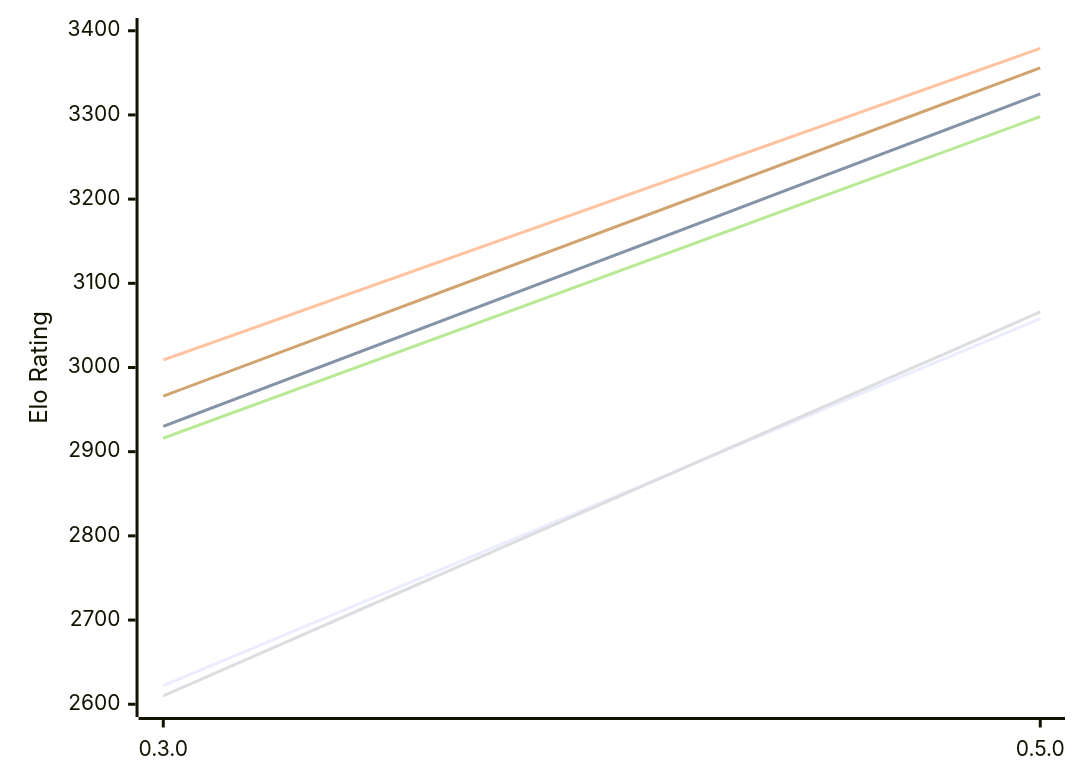
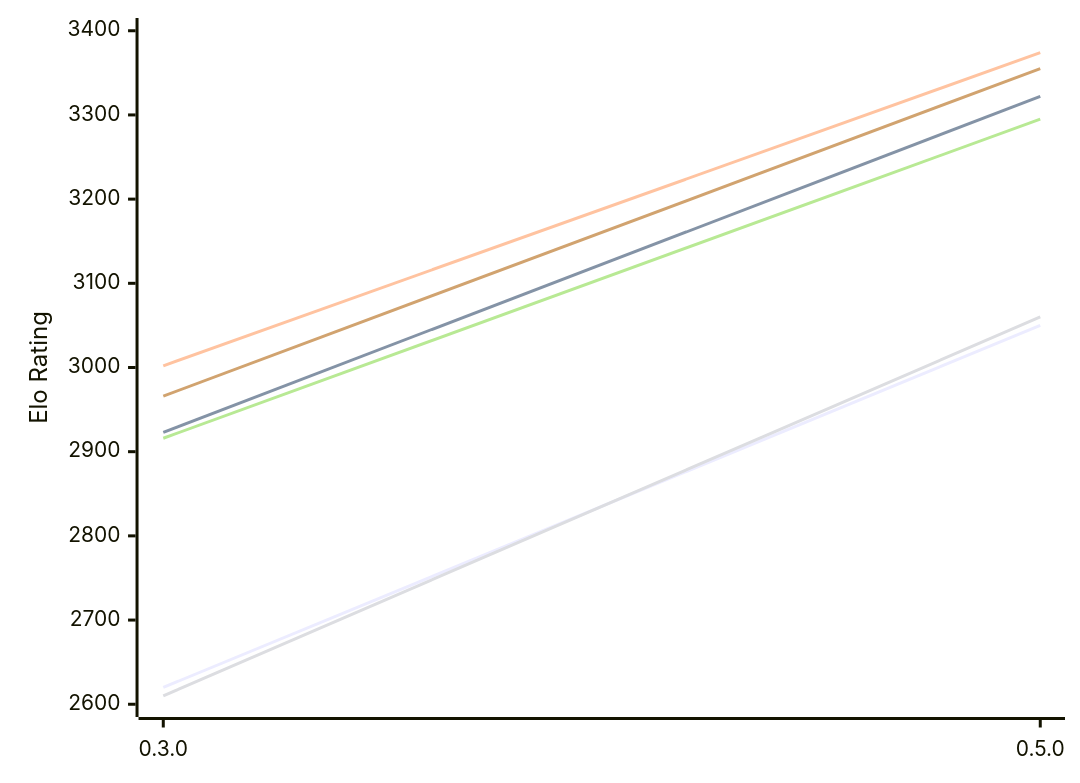
The diagram in engines/Crustik.md (computer-chess-index/cci), drawn with Mermaid before and after one commit. The commit also changed other lines of this file, not shown here.

Commit message:
Update CCI Ratings (ELO VLTC) - 2026-11-26

````diff
--- a/engines/Crustik.md
+++ b/engines/Crustik.md
@@ -49,12 +49,12 @@
 ```mermaid
 %%{init: {"theme":"base","themeVariables":{"seriesColors:['#a3a3a3','#222221','#faa371']}}}%%
 xychart-beta
   x-axis ["0.3.0", "0.5.0"]
   y-axis "Elo Rating" 2600 --> 3400
-  line "E1: STC (8.0+0.08s)" [2622, 3058]
-  line "E1: LTC (60.0+0.60s)" [2930, 3325]
-  line "E1: VLTC (2m24s+1.12s)" [3009, 3379]
-  line "P1: STC (8.0+0.08s)" [2610, 3066]
-  line "P1: LTC (60.0+0.60s)" [2916, 3298]
-  line "P1: VLTC (2m24s+1.12s)" [2966, 3356]
+  line "E1: STC (8.0+0.08s)" [2620, 3050]
+  line "E1: LTC (60.0+0.60s)" [2923, 3322]
+  line "E1: VLTC (2m24s+1.12s)" [3002, 3374]
+  line "P1: STC (8.0+0.08s)" [2610, 3060]
+  line "P1: LTC (60.0+0.60s)" [2916, 3295]
+  line "P1: VLTC (2m24s+1.12s)" [2966, 3355]
 ```
````
